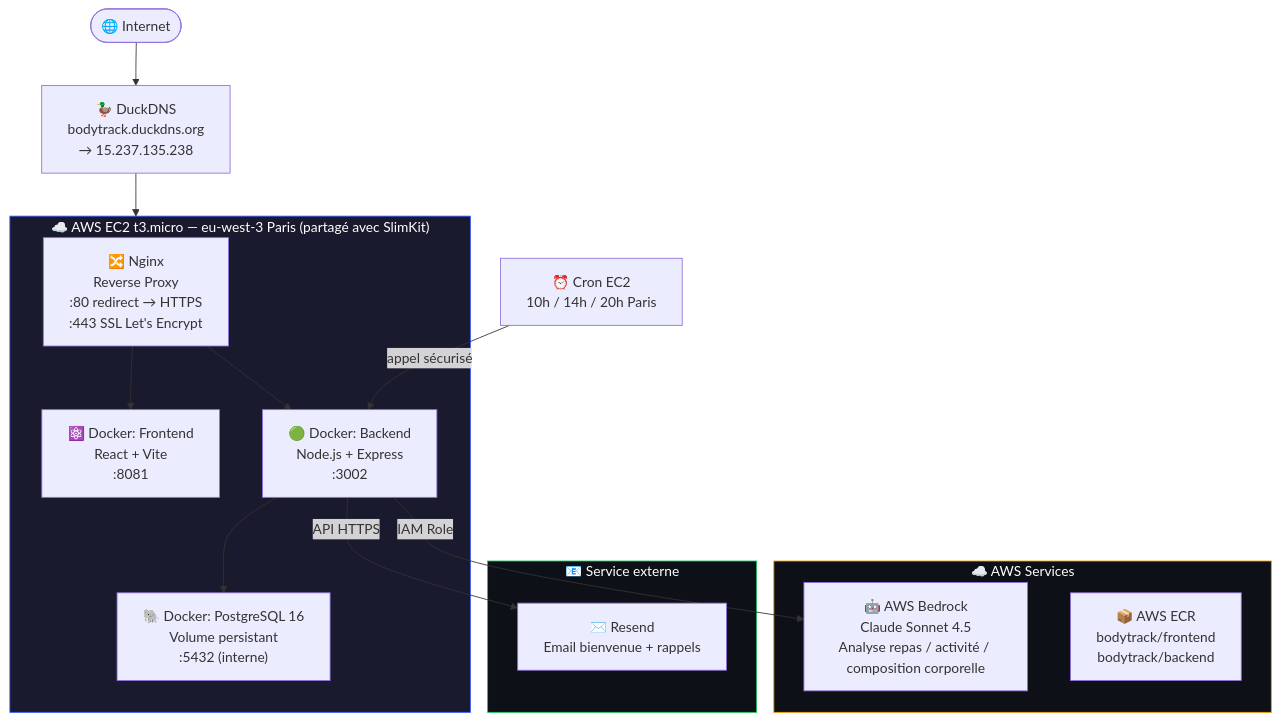
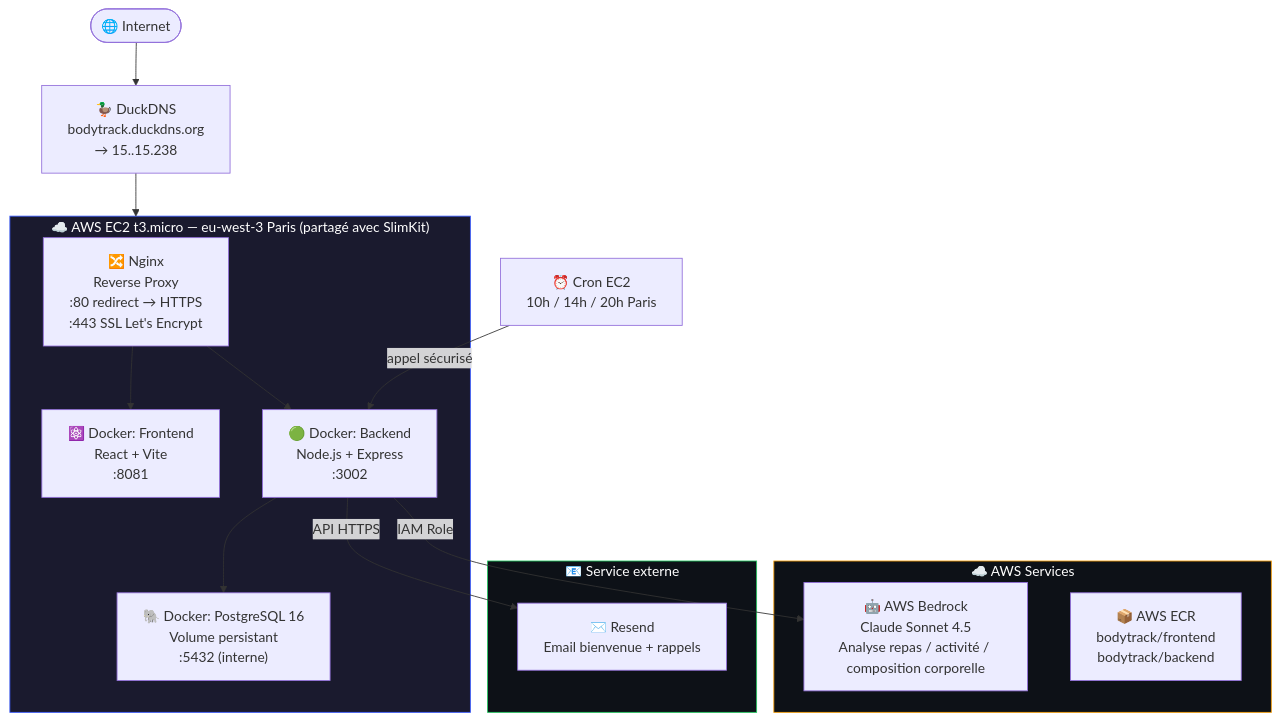
Before and after one commit to Whitedukecmr/bodytrack-app: the first of 4 diagrams in README.md, drawn with Mermaid.

````diff
--- a/README.md
+++ b/README.md
@@ -54,39 +54,39 @@
 ```mermaid
 flowchart TD
     Internet([🌐 Internet]) --> DNS
 
-    DNS["🦆 DuckDNS\nbodytrack.duckdns.org\n→ 15.237.135.238"]
+    DNS["🦆 DuckDNS\nbodytrack.duckdns.org\n→ 15..15.238"]
 
     DNS --> EC2
 
     subgraph EC2["☁️ AWS EC2 t3.micro — eu-west-3 Paris (partagé avec SlimKit)"]
         Nginx["🔀 Nginx\nReverse Proxy\n:80 redirect → HTTPS\n:443 SSL Let's Encrypt"]
 
         Nginx --> Frontend
         Nginx --> Backend
 
         Frontend["⚛️ Docker: Frontend\nReact + Vite\n:8081"]
         Backend["🟢 Docker: Backend\nNode.js + Express\n:3002"]
         Postgres["🐘 Docker: PostgreSQL 16\nVolume persistant\n:5432 (interne)"]
 
         Backend --> Postgres
     end
 
     Backend -->|IAM Role| Bedrock
     Backend -->|API HTTPS| Resend
 
     subgraph AWS["☁️ AWS Services"]
         Bedrock["🤖 AWS Bedrock\nClaude Sonnet 4.5\nAnalyse repas / activité / composition corporelle"]
         ECR["📦 AWS ECR\nbodytrack/frontend\nbodytrack/backend"]
     end
 
     subgraph EXT["📧 Service externe"]
         Resend["✉️ Resend\nEmail bienvenue + rappels"]
     end
 
     Cron["⏰ Cron EC2\n10h / 14h / 20h Paris"] -->|appel sécurisé| Backend
 
     style EC2 fill:#1a1a2e,stroke:#3B5BFC,color:#fff
     style AWS fill:#0d1117,stroke:#f59e0b,color:#fff
     style EXT fill:#0d1117,stroke:#22c55e,color:#fff
 ```
````
